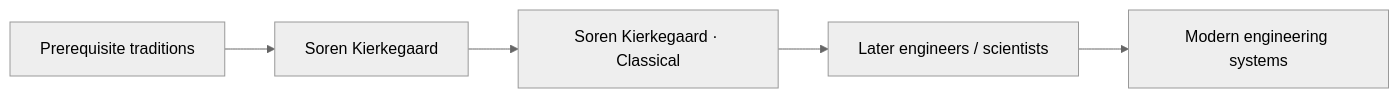
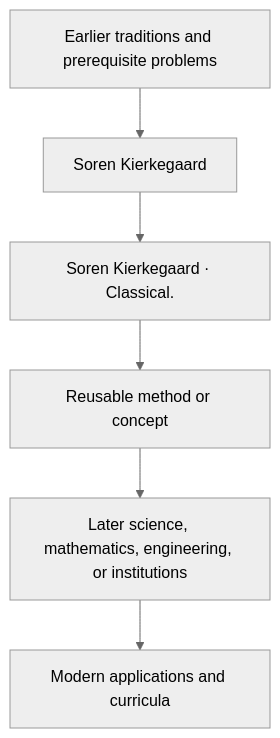
One commit to via-decide/ViaLogic changed the diagram in docs/history/soren-kierkegaard/influence.md. Above: the diagram before and after it, drawn with Mermaid (neutral theme). The commit also changed other lines of this file and 858 other files, not shown here.

````diff
--- a/docs/history/soren-kierkegaard/influence.md
+++ b/docs/history/soren-kierkegaard/influence.md
@@ -29,7 +16,8 @@
 ```mermaid
-graph LR
-  prerequisites["Prerequisite traditions"] --> current["Soren Kierkegaard"]
-  current --> contribution["Soren Kierkegaard · Classical"]
-  contribution --> successors["Later engineers / scientists"]
-  successors --> modern["Modern engineering systems"]
+graph TD
+  Prior[Earlier traditions and prerequisite problems] --> Person[Soren Kierkegaard]
+  Person --> Contribution[Soren Kierkegaard · Classical.]
+  Contribution --> Method[Reusable method or concept]
+  Method --> Later[Later science, mathematics, engineering, or institutions]
+  Later --> Modern[Modern applications and curricula]
 ```
````
